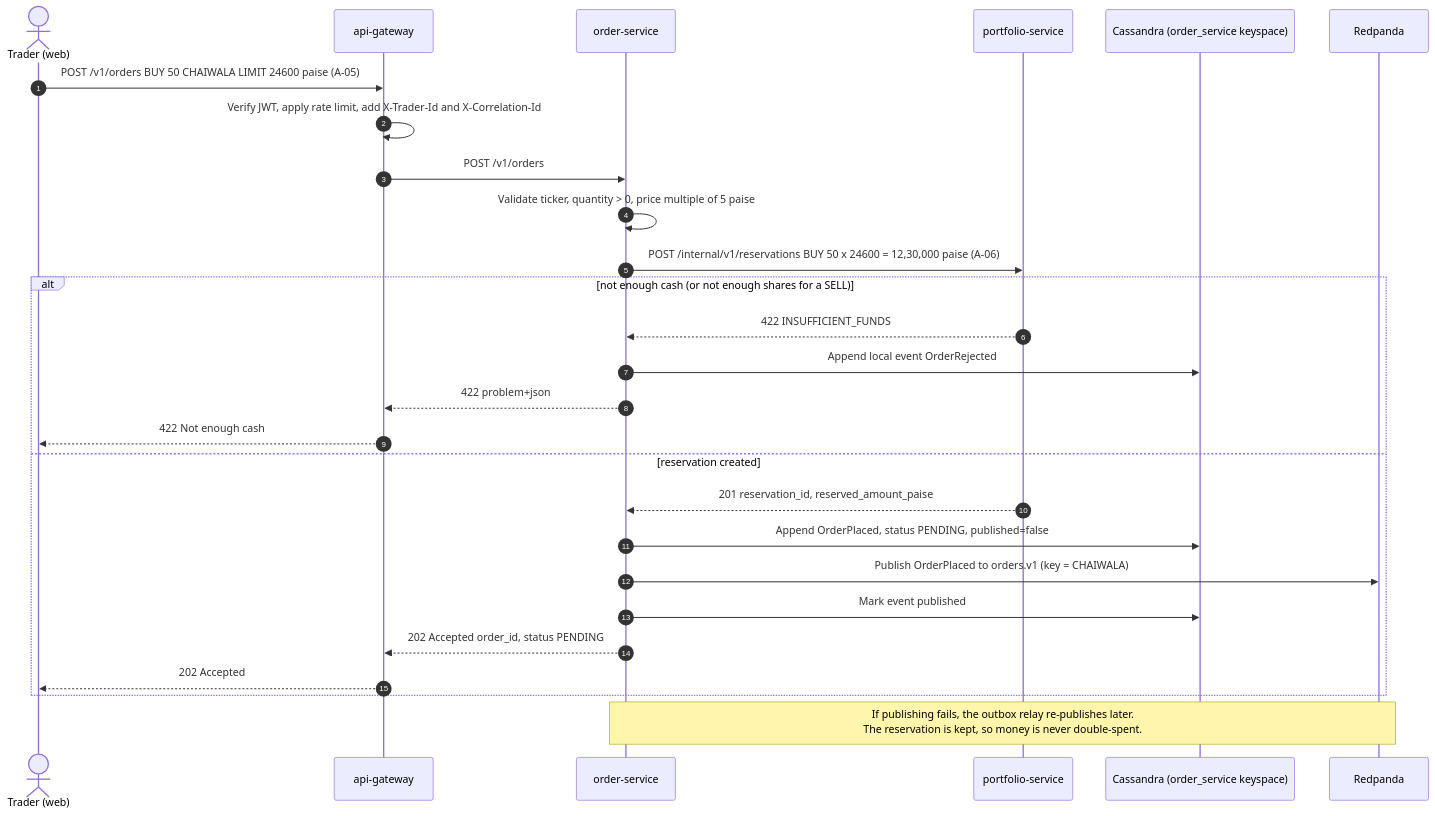
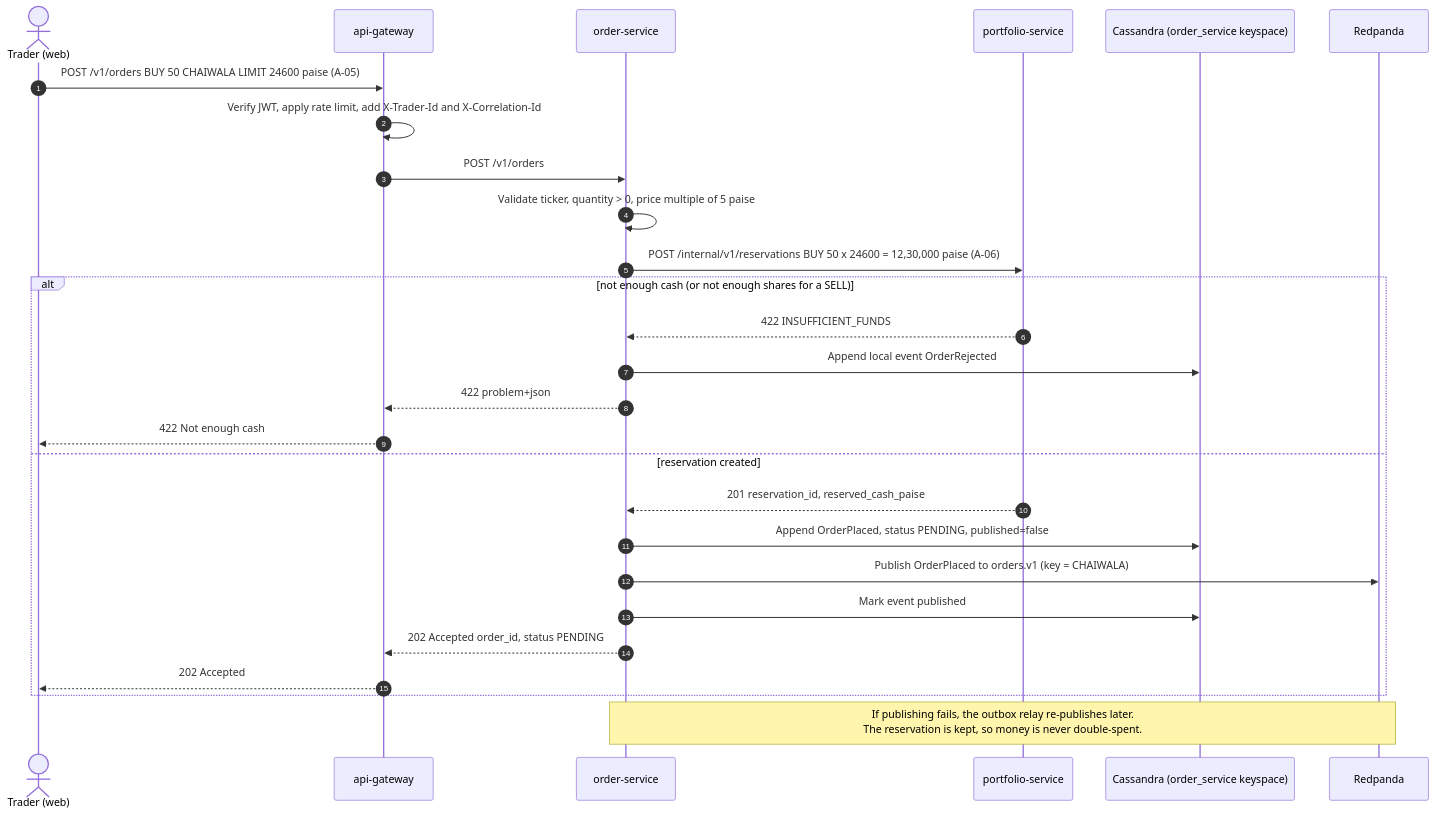
Before and after one commit to Kaizer-1/CircuitBreaker: the second of 6 diagrams in docs/01-seeds/03-sequence-diagrams.md, drawn with Mermaid.

Commit message:
docs: fix reservation field name in place-order sequence diagram
Found by the end-of-phase consistency check: reserved_amount_paise -> reserved_cash_paise.

````diff
--- a/docs/01-seeds/03-sequence-diagrams.md
+++ b/docs/01-seeds/03-sequence-diagrams.md
@@ -60,30 +60,30 @@
 ```mermaid
 sequenceDiagram
     autonumber
     actor T as Trader (web)
     participant GW as api-gateway
     participant OS as order-service
     participant PS as portfolio-service
     participant OC as Cassandra (order_service keyspace)
     participant RP as Redpanda
 
     T->>GW: POST /v1/orders  BUY 50 CHAIWALA LIMIT 24600 paise  (A-05)
     GW->>GW: Verify JWT, apply rate limit, add X-Trader-Id and X-Correlation-Id
     GW->>OS: POST /v1/orders
     OS->>OS: Validate ticker, quantity > 0, price multiple of 5 paise
     OS->>PS: POST /internal/v1/reservations  BUY 50 x 24600 = 12,30,000 paise  (A-06)
     alt not enough cash (or not enough shares for a SELL)
         PS-->>OS: 422 INSUFFICIENT_FUNDS
         OS->>OC: Append local event OrderRejected
         OS-->>GW: 422 problem+json
         GW-->>T: 422 Not enough cash
     else reservation created
-        PS-->>OS: 201 reservation_id, reserved_amount_paise
+        PS-->>OS: 201 reservation_id, reserved_cash_paise
         OS->>OC: Append OrderPlaced, status PENDING, published=false
         OS->>RP: Publish OrderPlaced to orders.v1 (key = CHAIWALA)
         OS->>OC: Mark event published
         OS-->>GW: 202 Accepted  order_id, status PENDING
         GW-->>T: 202 Accepted
     end
     Note over OS,RP: If publishing fails, the outbox relay re-publishes later.<br/>The reservation is kept, so money is never double-spent.
 ```
````
